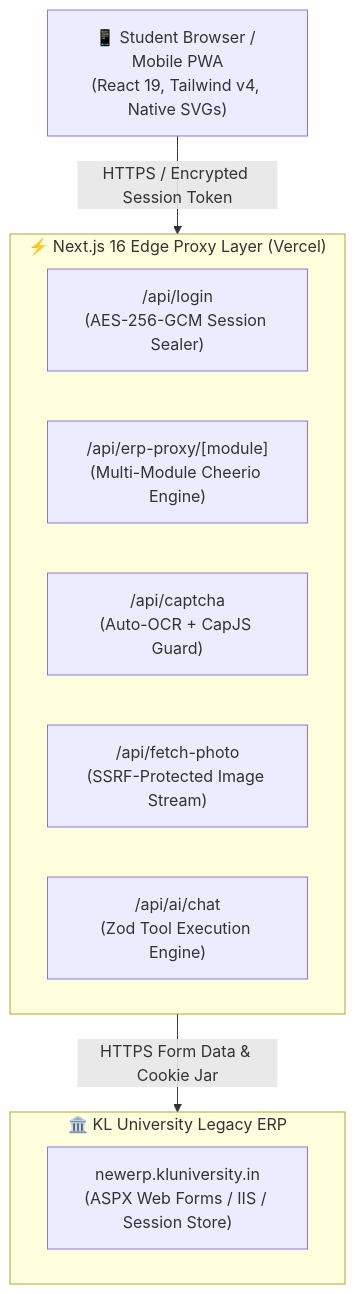
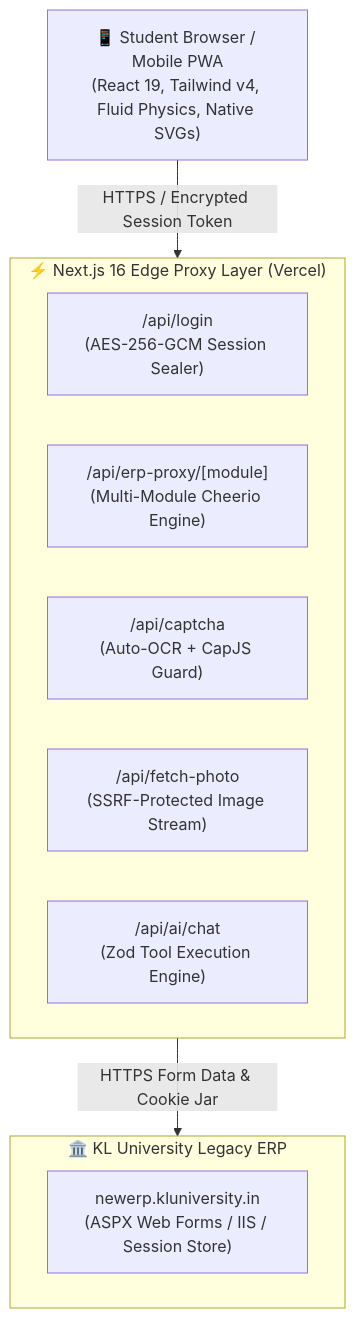
Before and after one commit to tejaswin-amara/kl-sync: the diagram in README.md, drawn with Mermaid. The commit also changed other lines of this file and 4 other files, not shown here.

````diff
--- a/README.md
+++ b/README.md
@@ -31,19 +32,19 @@
 ```mermaid
 graph TD
-    Client["📱 Student Browser / Mobile PWA<br/>(React 19, Tailwind v4, Native SVGs)"]
+    Client["📱 Student Browser / Mobile PWA<br/>(React 19, Tailwind v4, Fluid Physics, Native SVGs)"]
     
     subgraph EdgeProxy ["⚡ Next.js 16 Edge Proxy Layer (Vercel)"]
         AuthRoute["/api/login<br/>(AES-256-GCM Session Sealer)"]
         ERPProxy["/api/erp-proxy/[module]<br/>(Multi-Module Cheerio Engine)"]
         CaptchaRoute["/api/captcha<br/>(Auto-OCR + CapJS Guard)"]
         PhotoProxy["/api/fetch-photo<br/>(SSRF-Protected Image Stream)"]
         AIChat["/api/ai/chat<br/>(Zod Tool Execution Engine)"]
     end
 
     subgraph LegacyERP ["🏛️ KL University Legacy ERP"]
         ERPServer["newerp.kluniversity.in<br/>(ASPX Web Forms / IIS / Session Store)"]
     end
 
     Client -->|HTTPS / Encrypted Session Token| EdgeProxy
     EdgeProxy -->|HTTPS Form Data & Cookie Jar| LegacyERP
 ```
````
